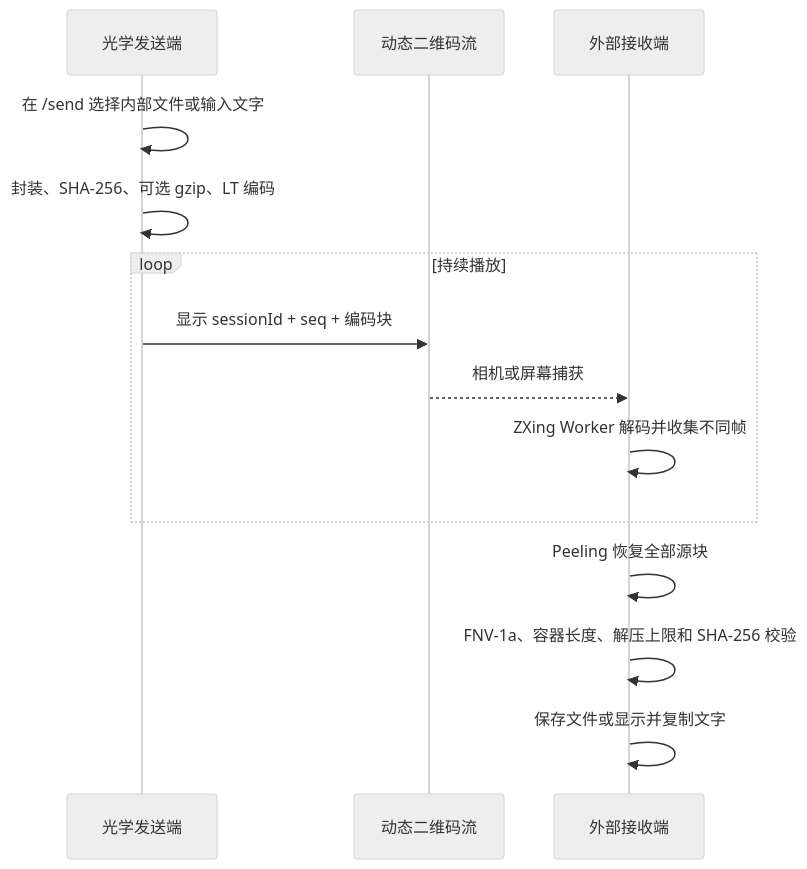
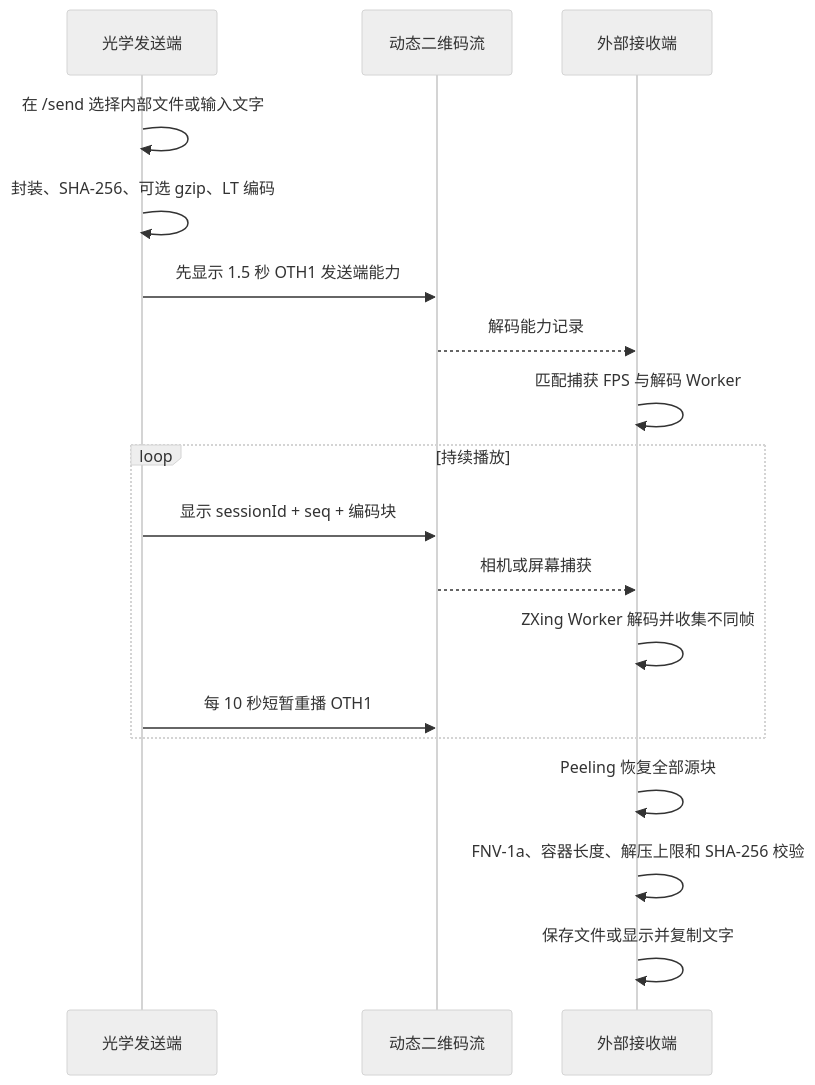
Before and after one commit to CrazyForks/one-transfer: the third of 3 diagrams in README.zh-CN.md, drawn with Mermaid (neutral theme). The commit also changed other lines of this file and 12 other files, not shown here.

````diff
--- a/README.zh-CN.md
+++ b/README.zh-CN.md
@@ -509,17 +529,21 @@
 ```mermaid
 sequenceDiagram
   participant W as 光学发送端
   participant Q as 动态二维码流
   participant R as 外部接收端
 
   W->>W: 在 /send 选择内部文件或输入文字
   W->>W: 封装、SHA-256、可选 gzip、LT 编码
+  W->>Q: 先显示 1.5 秒 OTH1 发送端能力
+  Q-->>R: 解码能力记录
+  R->>R: 匹配捕获 FPS 与解码 Worker
   loop 持续播放
     W->>Q: 显示 sessionId + seq + 编码块
     Q-->>R: 相机或屏幕捕获
     R->>R: ZXing Worker 解码并收集不同帧
+    W->>Q: 每 10 秒短暂重播 OTH1
   end
   R->>R: Peeling 恢复全部源块
   R->>R: FNV-1a、容器长度、解压上限和 SHA-256 校验
   R->>R: 保存文件或显示并复制文字
 ```
````
